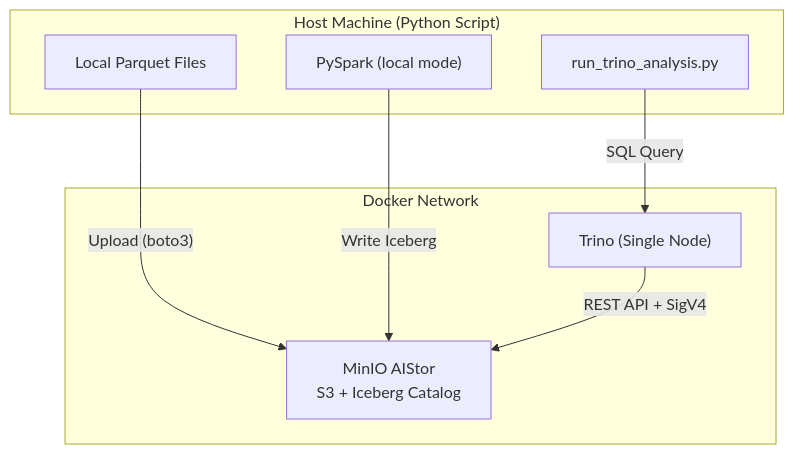
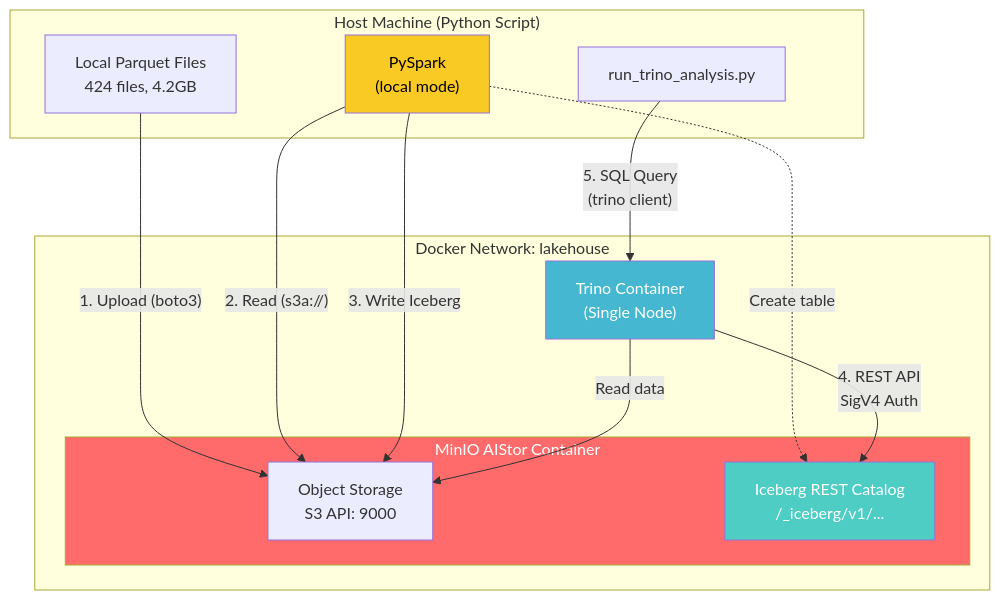
The diagram in aistor-tables-analysis/README.md (vb140772/aistor_and_lakehouse), drawn with Mermaid before and after one commit. The commit also changed other lines of this file and 3 other files, not shown here.

Commit message:
Remove .gitignore and AISTOR_TABLES_TEST_GUIDE.md files to streamline project structure. Updated README.md to include architecture diagrams, data flow, and configuration details, enhancing clarity on the integration of MinIO AIStor Tables with Apache Spark and Trino.

````diff
--- a/aistor-tables-analysis/README.md
+++ b/aistor-tables-analysis/README.md
@@ -91,18 +66,32 @@
 ```mermaid
 flowchart TB
     subgraph Local["Host Machine (Python Script)"]
         Script["run_trino_analysis.py"]
-        Files["Local Parquet Files"]
-        Spark["PySpark (local mode)"]
+        Files["Local Parquet Files<br/>424 files, 4.2GB"]
+        Spark["PySpark<br/>(local mode)"]
     end
 
-    subgraph Docker["Docker Network"]
-        MinIO["MinIO AIStor<br/>S3 + Iceberg Catalog"]
-        Trino["Trino (Single Node)"]
+    subgraph Docker["Docker Network: lakehouse"]
+        subgraph MinIO["MinIO AIStor Container"]
+            Storage["Object Storage<br/>S3 API: 9000"]
+            Catalog["Iceberg REST Catalog<br/>/_iceberg/v1/..."]
+        end
+        
+        Trino["Trino Container<br/>(Single Node)"]
     end
 
-    Files -->|"Upload (boto3)"| MinIO
-    Spark -->|"Write Iceberg"| MinIO
-    Trino -->|"REST API + SigV4"| MinIO
-    Script -->|"SQL Query"| Trino
+    Files -->|"1. Upload (boto3)"| Storage
+    Spark -->|"2. Read (s3a://)"| Storage
+    Spark -->|"3. Write Iceberg"| Storage
+    Spark -.->|"Create table"| Catalog
+    
+    Trino -->|"4. REST API<br/>SigV4 Auth"| Catalog
+    Trino -->|"Read data"| Storage
+    
+    Script -->|"5. SQL Query<br/>(trino client)"| Trino
+
+    style MinIO fill:#ff6b6b,color:#fff
+    style Catalog fill:#4ecdc4,color:#fff
+    style Trino fill:#45b7d1,color:#fff
+    style Spark fill:#f9ca24,color:#000
 ```
````
